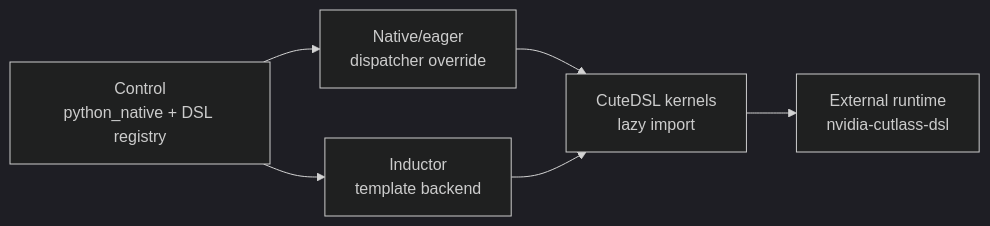
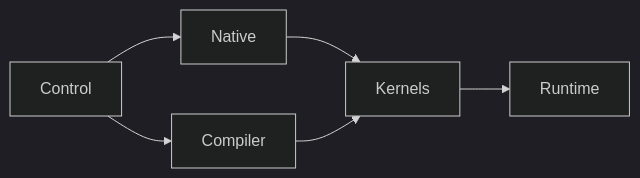
Before and after one commit to XiaobingSuper/FlyDSL: the first of 4 diagrams in docs/cutedsl_pytorch_integration_report.md, drawn with Mermaid (dark theme). The commit also changed other lines of this file and 1 other file, not shown here.

````diff
--- a/docs/cutedsl_pytorch_integration_report.md
+++ b/docs/cutedsl_pytorch_integration_report.md
@@ -109,8 +109,8 @@
 ```mermaid
 flowchart LR
-    A["Control<br/>python_native + DSL registry"] --> B["Native/eager<br/>dispatcher override"]
-    A --> C["Inductor<br/>template backend"]
-    B --> D["CuteDSL kernels<br/>lazy import"]
+    A["Control"] --> B["Native"]
+    A --> C["Compiler"]
+    B --> D["Kernels"]
     C --> D
-    D --> E["External runtime<br/>nvidia-cutlass-dsl"]
+    D --> E["Runtime"]
 ```
````
